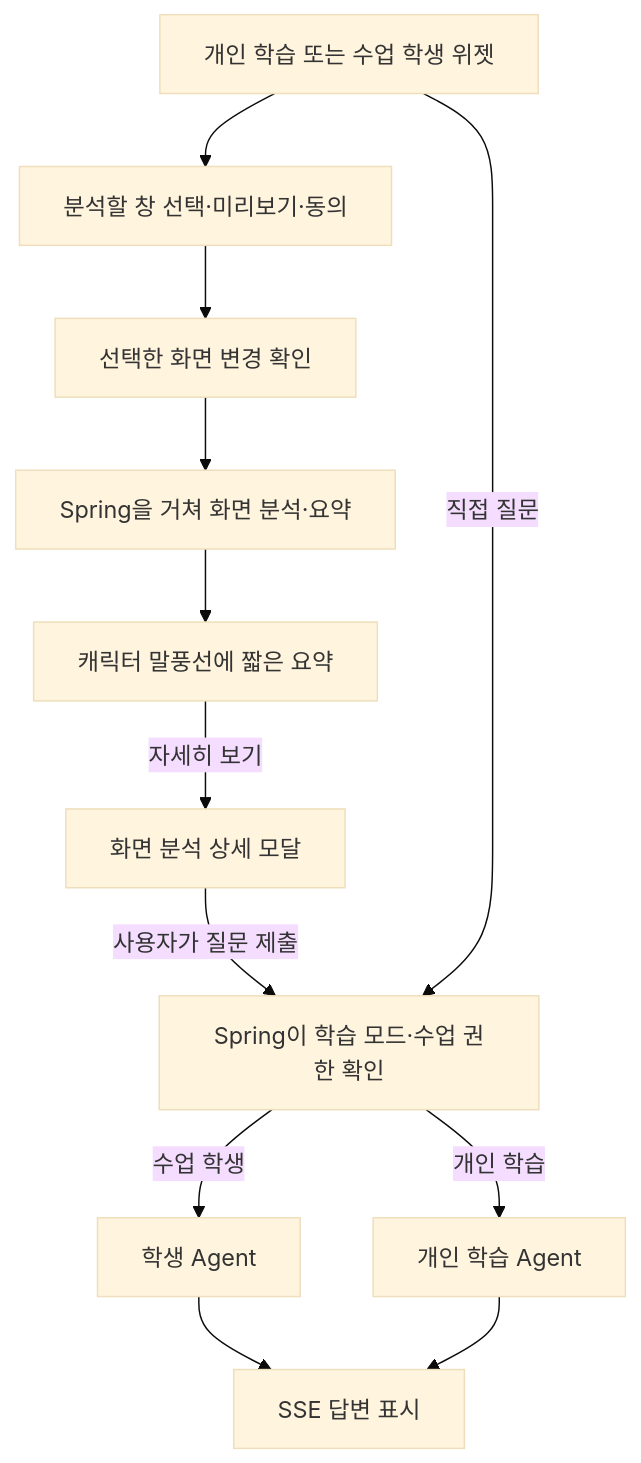
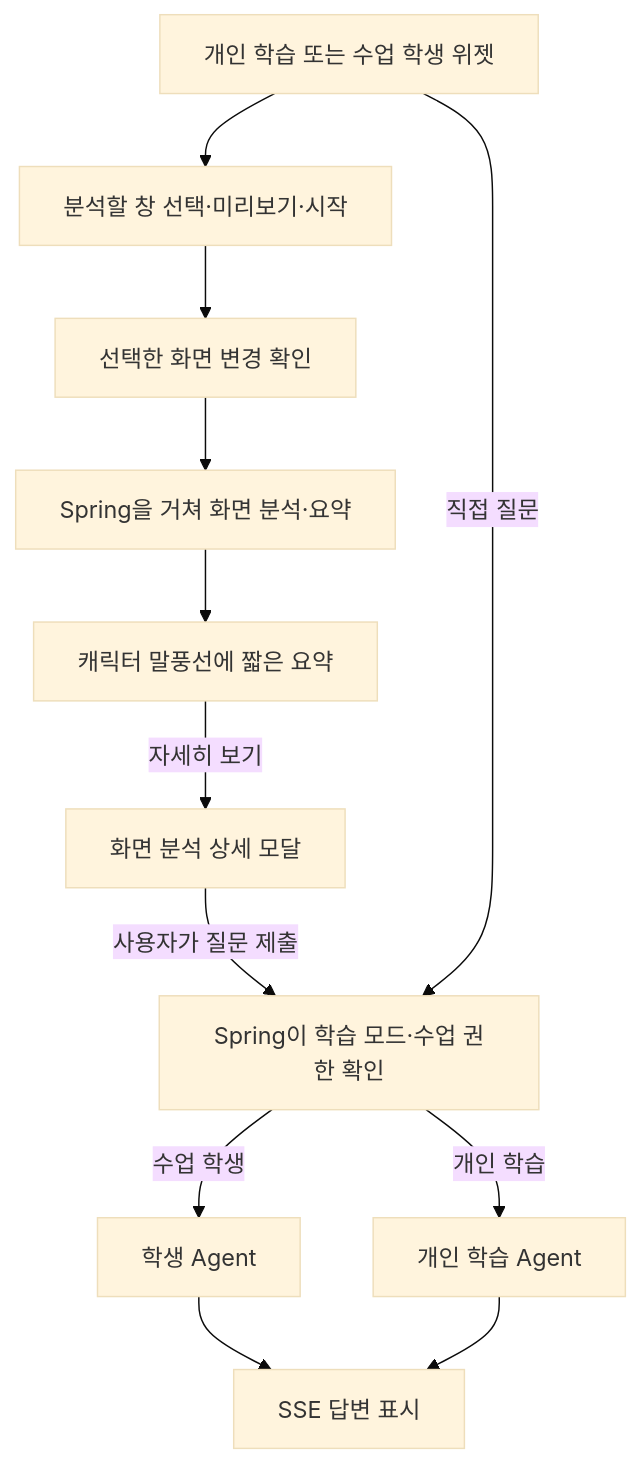
One commit to JephyrWing/project_tutipal changed the fifth of 6 diagrams in docs/TUTIPAL_DESIGN.md. Above: the diagram before and after it, drawn with Mermaid (base theme). The commit also changed other lines of this file and 2 other files, not shown here.

Commit message:
docs: keep explicit consent only for screen sharing

````diff
--- a/docs/TUTIPAL_DESIGN.md
+++ b/docs/TUTIPAL_DESIGN.md
@@ -563,14 +563,14 @@
 ```mermaid
 flowchart TD
-    View["개인 학습 또는 수업 학생 위젯"] --> Consent["분석할 창 선택·미리보기·동의"]
-    Consent --> Change["선택한 화면 변경 확인"]
+    View["개인 학습 또는 수업 학생 위젯"] --> StartAnalysis["분석할 창 선택·미리보기·시작"]
+    StartAnalysis --> Change["선택한 화면 변경 확인"]
     Change --> Summary["Spring을 거쳐 화면 분석·요약"]
     Summary --> Bubble["캐릭터 말풍선에 짧은 요약"]
     Bubble -->|"자세히 보기"| Modal["화면 분석 상세 모달"]
     Modal -->|"사용자가 질문 제출"| Ask["Spring이 학습 모드·수업 권한 확인"]
     View -->|"직접 질문"| Ask
     Ask -->|"수업 학생"| Student["학생 Agent"]
     Ask -->|"개인 학습"| Personal["개인 학습 Agent"]
     Student --> Result["SSE 답변 표시"]
     Personal --> Result
 ```
````
